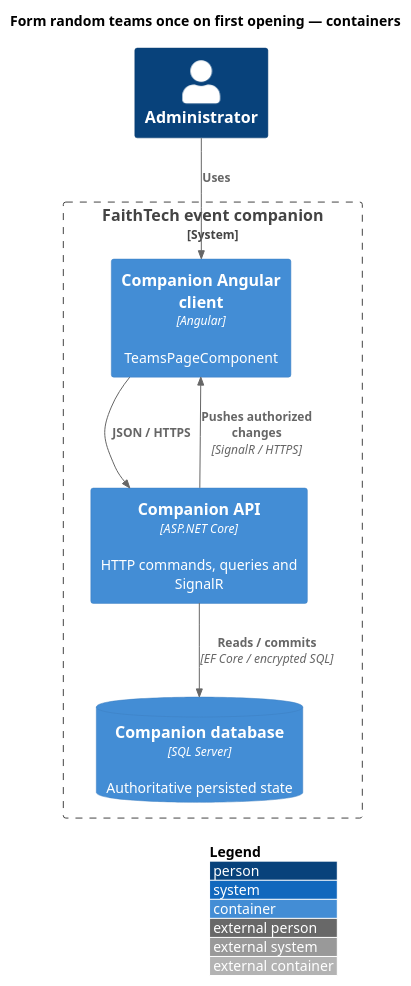
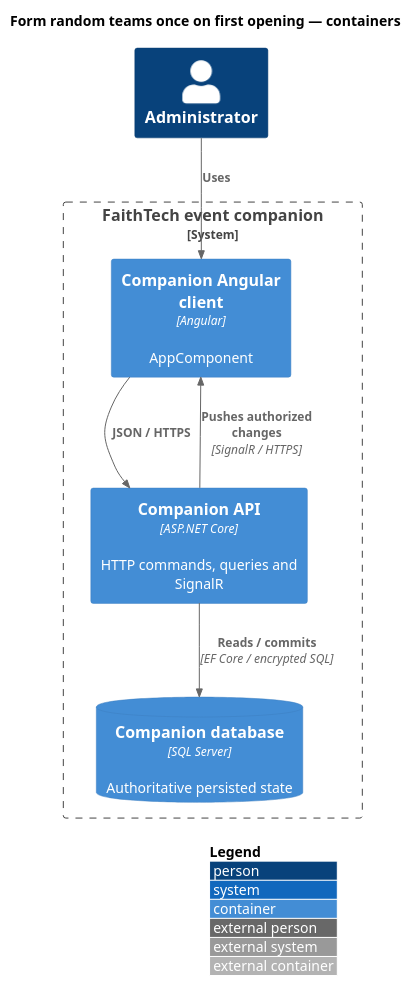
One commit to QuinntyneBrown/faithtech-toronto-ai-build-event changed the diagram in docs/detailed-designs/projects-teams/form-teams-once/diagrams/c4-container.puml. Above: the diagram before and after it, drawn with PlantUML. The commit also changed 100 other files, not shown here.

Commit message:
docs: complete design coverage and verify rendered architecture

```diff
--- a/docs/detailed-designs/projects-teams/form-teams-once/diagrams/c4-container.puml
+++ b/docs/detailed-designs/projects-teams/form-teams-once/diagrams/c4-container.puml
@@ -1,15 +1,15 @@
 @startuml
 !include <C4/C4_Container>
 LAYOUT_WITH_LEGEND()
 title Form random teams once on first opening — containers
 Person(actor, "Administrator")
 System_Boundary(system, "FaithTech event companion") {
-Container(client, "Companion Angular client", "Angular", "TeamsPageComponent")
+Container(client, "Companion Angular client", "Angular", "AppComponent")
 Container(api, "Companion API", "ASP.NET Core", "HTTP commands, queries and SignalR")
 ContainerDb(db, "Companion database", "SQL Server", "Authoritative persisted state")
 }
 Rel(actor, client, "Uses")
 Rel(client, api, "JSON / HTTPS")
 Rel(api, client, "Pushes authorized changes", "SignalR / HTTPS")
 Rel(api, db, "Reads / commits", "EF Core / encrypted SQL")
 @enduml
```
